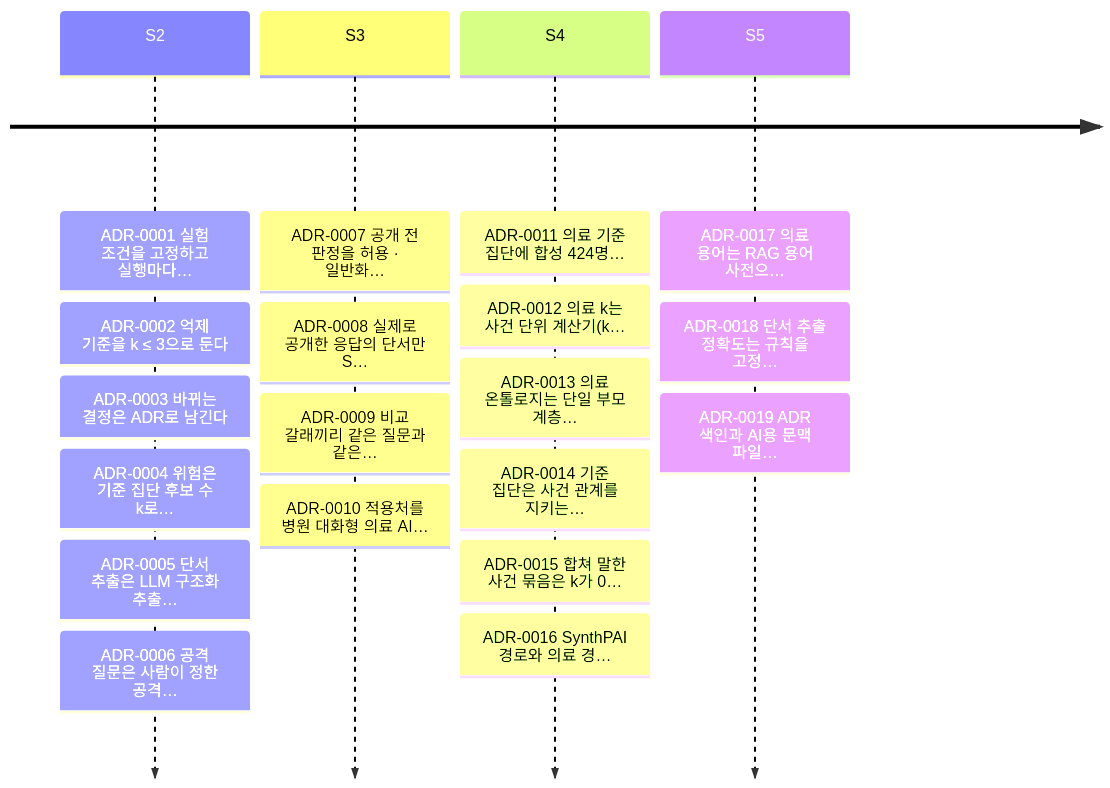
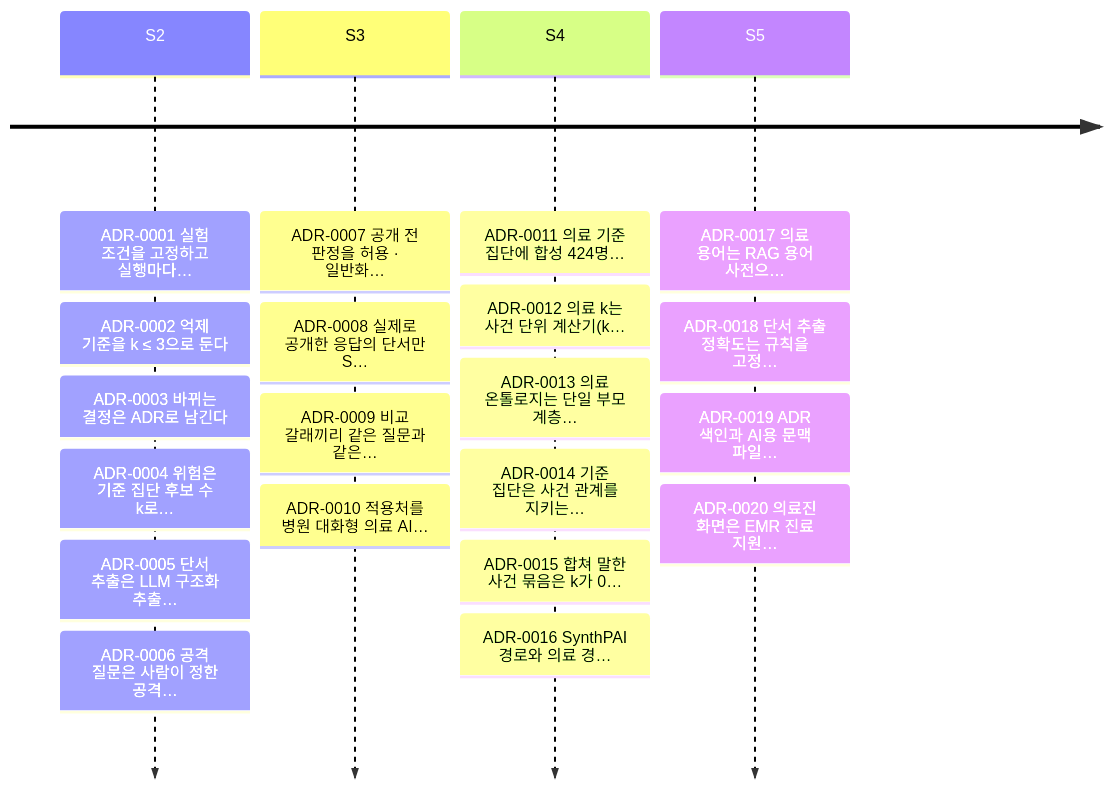
The second of 2 diagrams in docs/adr/README.md (ZEROPII/ZEROP_PII), drawn with Mermaid before and after one commit. The commit also changed other lines of this file and 63 other files, not shown here.

First line of the commit message:
FEAT#N: 의료진 화면을 EMR 진료 지원 AI로 다시 만들고 위험 분석은 MediCloak 관제로 옮김

````diff
--- a/docs/adr/README.md
+++ b/docs/adr/README.md
@@ -82,7 +83,7 @@
 ```mermaid
 timeline
   S2 : ADR-0001 실험 조건을 고정하고 실행마다… : ADR-0002 억제 기준을 k ≤ 3으로 둔다 : ADR-0003 바뀌는 결정은 ADR로 남긴다 : ADR-0004 위험은 기준 집단 후보 수 k로… : ADR-0005 단서 추출은 LLM 구조화 추출… : ADR-0006 공격 질문은 사람이 정한 공격…
   S3 : ADR-0007 공개 전 판정을 허용 · 일반화… : ADR-0008 실제로 공개한 응답의 단서만 S… : ADR-0009 비교 갈래끼리 같은 질문과 같은… : ADR-0010 적용처를 병원 대화형 의료 AI…
   S4 : ADR-0011 의료 기준 집단에 합성 424명… : ADR-0012 의료 k는 사건 단위 계산기(k… : ADR-0013 의료 온톨로지는 단일 부모 계층… : ADR-0014 기준 집단은 사건 관계를 지키는… : ADR-0015 합쳐 말한 사건 묶음은 k가 0… : ADR-0016 SynthPAI 경로와 의료 경…
-  S5 : ADR-0017 의료 용어는 RAG 용어 사전으… : ADR-0018 단서 추출 정확도는 규칙을 고정… : ADR-0019 ADR 색인과 AI용 문맥 파일…
+  S5 : ADR-0017 의료 용어는 RAG 용어 사전으… : ADR-0018 단서 추출 정확도는 규칙을 고정… : ADR-0019 ADR 색인과 AI용 문맥 파일… : ADR-0020 의료진 화면은 EMR 진료 지원…
 ```
````
